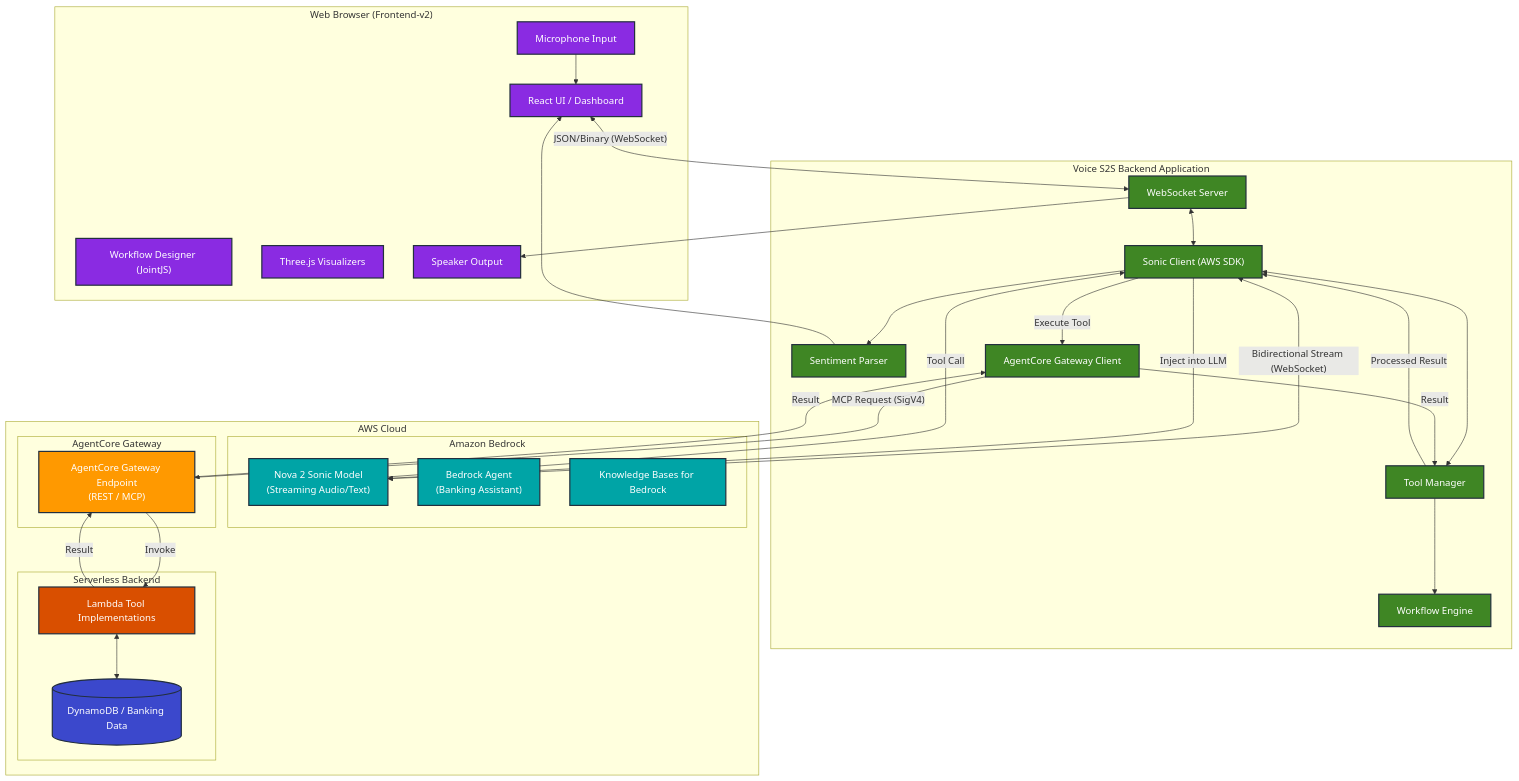
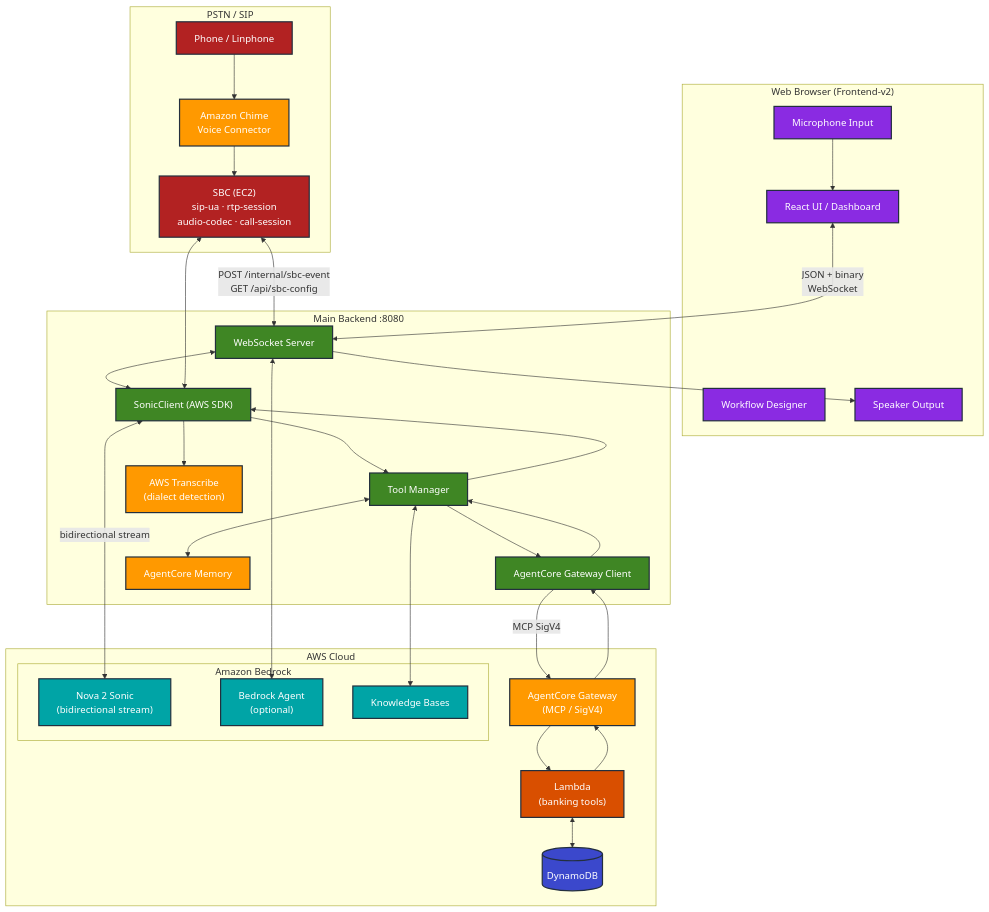
One commit to Ready2k/NovaDemos changed the diagram in docs/architecture.md. Above: the diagram before and after it, drawn with Mermaid. The commit also changed other lines of this file and 6 other files, not shown here.

First line of the commit message:
fix: resolve chat mode Nova Sonic CRITICAL ERROR and update architecture docs

````diff
--- a/docs/architecture.md
+++ b/docs/architecture.md
@@ -7,83 +9,64 @@
 ```mermaid
 graph TD
-    %% Styling
     classDef aws fill:#FF9900,stroke:#232F3E,color:white,stroke-width:2px;
     classDef client fill:#3F8624,stroke:#232F3E,color:white,stroke-width:2px;
     classDef bedrock fill:#00A4A6,stroke:#232F3E,color:white,stroke-width:2px;
     classDef compute fill:#D94F00,stroke:#232F3E,color:white,stroke-width:2px;
     classDef database fill:#3B48CC,stroke:#232F3E,color:white,stroke-width:2px;
     classDef ui fill:#8A2BE2,stroke:#232F3E,color:white,stroke-width:2px;
+    classDef sbc fill:#B22222,stroke:#232F3E,color:white,stroke-width:2px;
 
-    %% Client Side (Browser)
     subgraph Browser ["Web Browser (Frontend-v2)"]
         UI["React UI / Dashboard"]:::ui
-        WorkflowDesigner["Workflow Designer (JointJS)"]:::ui
-        Visualizers["Three.js Visualizers"]:::ui
+        WorkflowDesigner["Workflow Designer"]:::ui
         Mic["Microphone Input"]:::ui
         Speakers["Speaker Output"]:::ui
     end
 
-    %% Client / Server (Node.js)
-    subgraph Client_App ["Voice S2S Backend Application"]
-        WSServer["WebSocket Server"]:::client
-        SonicClient["Sonic Client (AWS SDK)"]:::client
-        ToolManager["Tool Manager"]:::client
-        WorkflowEngine["Workflow Engine"]:::client
-        SentimentParser["Sentiment Parser"]:::client
-        GatewayClient["AgentCore Gateway Client"]:::client
+    subgraph PhoneChannel ["PSTN / SIP"]
+        Phone["Phone / Linphone"]:::sbc
+        ChimeVC["Amazon Chime\nVoice Connector"]:::aws
+        SBC["SBC (EC2)\nsip-ua · rtp-session\naudio-codec · call-session"]:::sbc
     end
 
-    %% AWS Cloud
-    subgraph AWS_Cloud ["AWS Cloud"]
-        
-        %% Amazon Bedrock Service
-        subgraph Bedrock ["Amazon Bedrock"]
-            NovaSonic["Nova 2 Sonic Model\n(Streaming Audio/Text)"]:::bedrock
-            BedrockAgent["Bedrock Agent\n(Banking Assistant)"]:::bedrock
-            BedrockKB["Knowledge Bases for Bedrock"]:::bedrock
-        end
-
-        %% AgentCore Gateway (Bridge)
-        subgraph Gateway ["AgentCore Gateway"]
-            CoreGateway["AgentCore Gateway Endpoint\n(REST / MCP)"]:::aws
-        end
-
-        %% Serverless Backend
-        subgraph Serverless ["Serverless Backend"]
-            LambdaTools["Lambda Tool Implementations"]:::compute
-            DynamoDB[("DynamoDB / Banking Data")]:::database
-        end
-
+    subgraph Backend ["Main Backend  :8080"]
+        WSServer["WebSocket Server"]:::client
+        SonicClient["SonicClient (AWS SDK)"]:::client
+        ToolManager["Tool Manager"]:::client
+        Transcribe["AWS Transcribe\n(dialect detection)"]:::aws
+        GatewayClient["AgentCore Gateway Client"]:::client
+        MemorySvc["AgentCore Memory"]:::aws
     end
 
-    %% Connections
+    subgraph AWS_Cloud ["AWS Cloud"]
+        subgraph Bedrock ["Amazon Bedrock"]
+            NovaSonic["Nova 2 Sonic\n(bidirectional stream)"]:::bedrock
+            BedrockAgent["Bedrock Agent\n(optional)"]:::bedrock
+            BedrockKB["Knowledge Bases"]:::bedrock
+        end
+        CoreGateway["AgentCore Gateway\n(MCP / SigV4)"]:::aws
+        LambdaTools["Lambda\n(banking tools)"]:::compute
+        DynamoDB[("DynamoDB")]:::database
+    end
+
     Mic --> UI
-    UI <-->|"JSON/Binary (WebSocket)"| WSServer
+    UI <-->|"JSON + binary\nWebSocket"| WSServer
     WSServer --> Speakers
-    
-    %% Internal Backend Flow
+
+    Phone --> ChimeVC --> SBC
+    SBC <-->|"POST /internal/sbc-event\nGET /api/sbc-config"| WSServer
+
     WSServer <--> SonicClient
-    SonicClient <--> ToolManager
-    ToolManager --> WorkflowEngine
-    SonicClient --> SentimentParser
-    SentimentParser --> UI
-    
-    %% Nova Sonic Flow
-    SonicClient <-->|"Bidirectional Stream (WebSocket)"| NovaSonic
-    
-    %% Tool Use Flow
-    NovaSonic --"Tool Call"--> SonicClient
-    SonicClient --"Execute Tool"--> GatewayClient
-    GatewayClient --"MCP Request (SigV4)"--> CoreGateway
-    
-    %% Gateway to Lambda
-    CoreGateway -->|"Invoke"| LambdaTools
+    SBC <--> SonicClient
+    SonicClient <-->|"bidirectional stream"| NovaSonic
+    SonicClient --> Transcribe
+    SonicClient --> ToolManager
+    ToolManager --> GatewayClient
+    GatewayClient -->|"MCP SigV4"| CoreGateway
+    CoreGateway --> LambdaTools
     LambdaTools <--> DynamoDB
-
-    %% Feedback Loop
-    LambdaTools --"Result"--> CoreGateway
-    CoreGateway --"Result"--> GatewayClient
-    GatewayClient --"Result"--> ToolManager
-    ToolManager --"Processed Result"--> SonicClient
-    SonicClient --"Inject into LLM"--> NovaSonic
+    LambdaTools --> CoreGateway --> GatewayClient --> ToolManager --> SonicClient
+    ToolManager <--> BedrockKB
+    ToolManager <--> MemorySvc
+    WSServer <--> BedrockAgent
 ```
````
